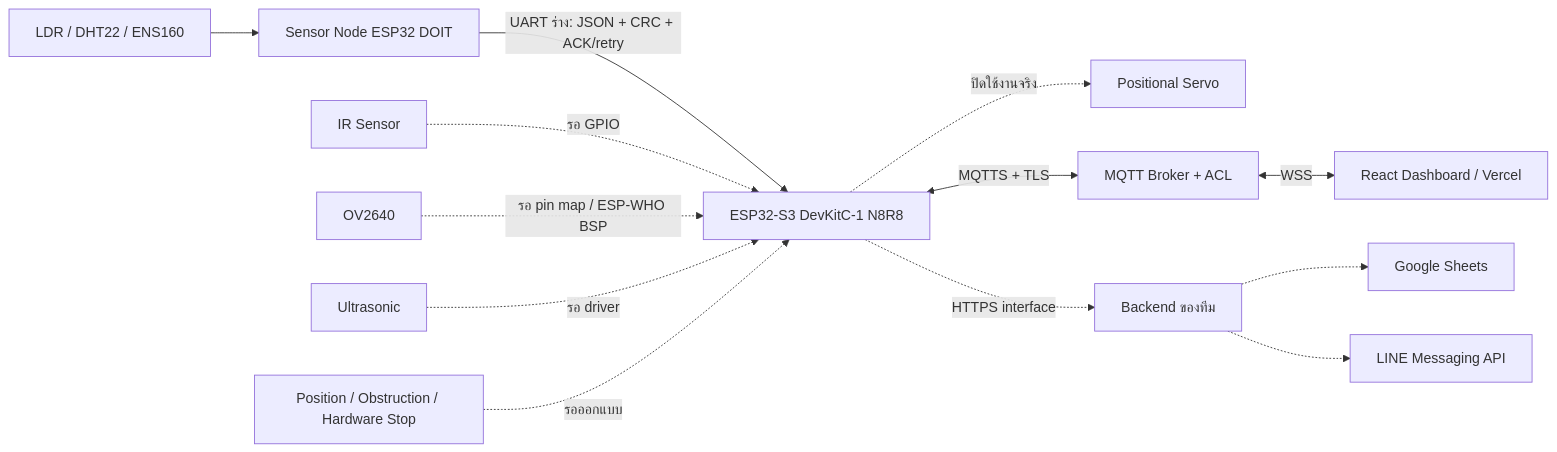
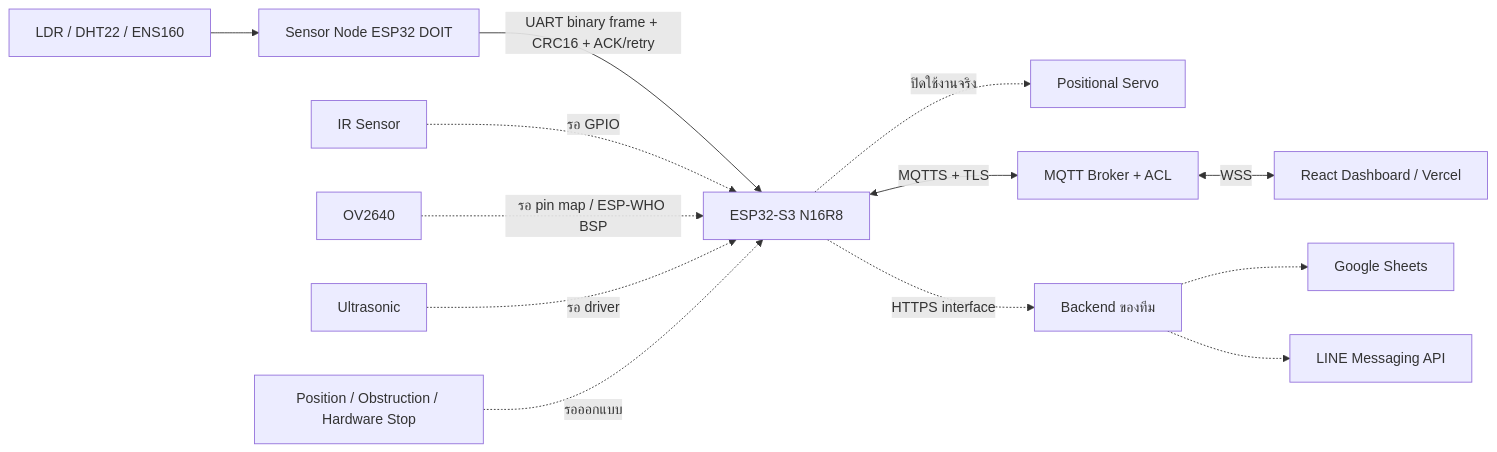
The diagram in docs/wiring.md (Napatr-b/Embedded-Project-Smart-Garage), drawn with Mermaid before and after one commit. The commit also changed other lines of this file and 50 other files, not shown here.

````diff
--- a/docs/wiring.md
+++ b/docs/wiring.md
@@ -5,15 +5,15 @@
 ```mermaid
 flowchart LR
   Sensors[LDR / DHT22 / ENS160] --> Node[Sensor Node ESP32 DOIT]
-  Node -->|UART ร่าง: JSON + CRC + ACK/retry| Gateway[ESP32-S3 DevKitC-1 N8R8]
+  Node -->|UART binary frame + CRC16 + ACK/retry| Gateway[ESP32-S3 N16R8]
   IR[IR Sensor] -. รอ GPIO .-> Gateway
   Camera[OV2640] -. รอ pin map / ESP-WHO BSP .-> Gateway
   US[Ultrasonic] -. รอ driver .-> Gateway
   Gateway -. ปิดใช้งานจริง .-> Servo[Positional Servo]
   Feedback[Position / Obstruction / Hardware Stop] -. รอออกแบบ .-> Gateway
   Gateway <-->|MQTTS + TLS| Broker[MQTT Broker + ACL]
   Broker <-->|WSS| Web[React Dashboard / Vercel]
   Gateway -. HTTPS interface .-> Backend[Backend ของทีม]
   Backend -.-> Sheets[Google Sheets]
   Backend -.-> LINE[LINE Messaging API]
 ```
````
